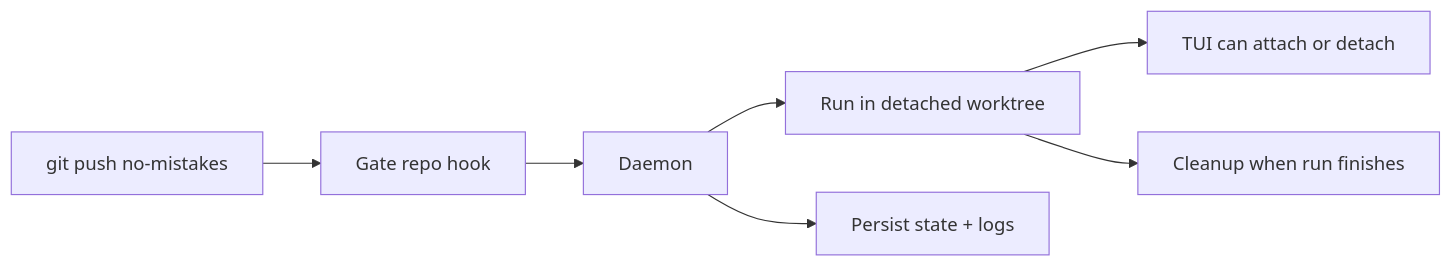
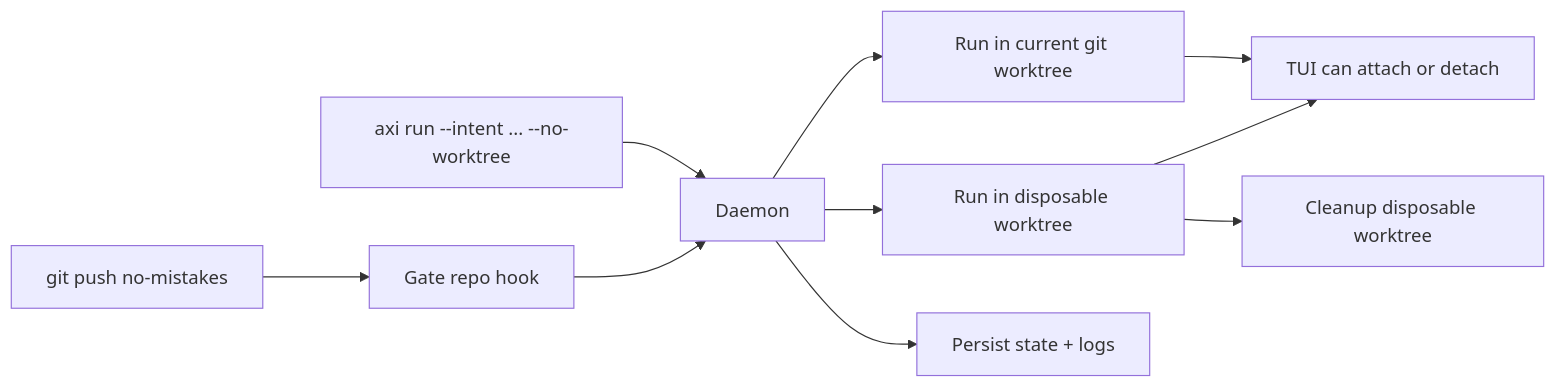
Before and after one commit to anhle128/no-mistakes: the diagram in docs/src/content/docs/concepts/daemon.md, drawn with Mermaid. The commit also changed other lines of this file and 26 other files, not shown here.

Commit message:
no-mistakes(document): Sync current-worktree docs

````diff
--- a/docs/src/content/docs/concepts/daemon.md
+++ b/docs/src/content/docs/concepts/daemon.md
@@ -21,8 +21,11 @@
 ```mermaid
 flowchart LR
   push["git push no-mistakes"] --> gate["Gate repo hook"] --> daemon["Daemon"]
-  daemon --> run["Run in detached worktree"]
+  daemon --> run["Run in disposable worktree"]
+  direct["axi run --intent ... --no-worktree"] --> daemon
+  daemon --> current["Run in current git worktree"]
   daemon --> state["Persist state + logs"]
   run --> tui["TUI can attach or detach"]
-  run --> cleanup["Cleanup when run finishes"]
+  current --> tui
+  run --> cleanup["Cleanup disposable worktree"]
 ```
````
